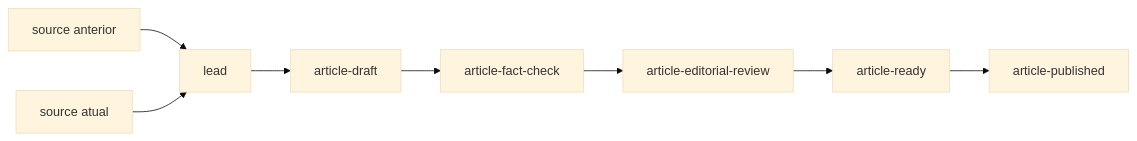
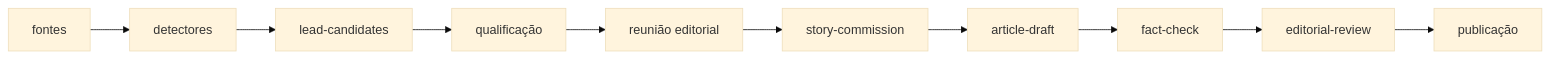
Before and after one commit to franklinbaldo/franklinbaldo.github.io: the diagram in src/content/blog/o-vigia-jornal-como-grafo.md, drawn with Mermaid (base theme). The commit also changed other lines of this file, not shown here.

````diff
--- a/src/content/blog/o-vigia-jornal-como-grafo.md
+++ b/src/content/blog/o-vigia-jornal-como-grafo.md
@@ -51,10 +108,12 @@
 ```mermaid
 graph LR
-  S1[source anterior] --> L[lead]
-  S2[source atual] --> L
-  L --> D[article-draft]
-  D --> F[article-fact-check]
-  F --> R[article-editorial-review]
-  R --> A[article-ready]
-  A --> P[article-published]
+  S[fontes] --> D[detectores]
+  D --> C[lead-candidates]
+  C --> Q[qualificação]
+  Q --> M[reunião editorial]
+  M --> SC[story-commission]
+  SC --> A[article-draft]
+  A --> F[fact-check]
+  F --> R[editorial-review]
+  R --> P[publicação]
 ```
````
